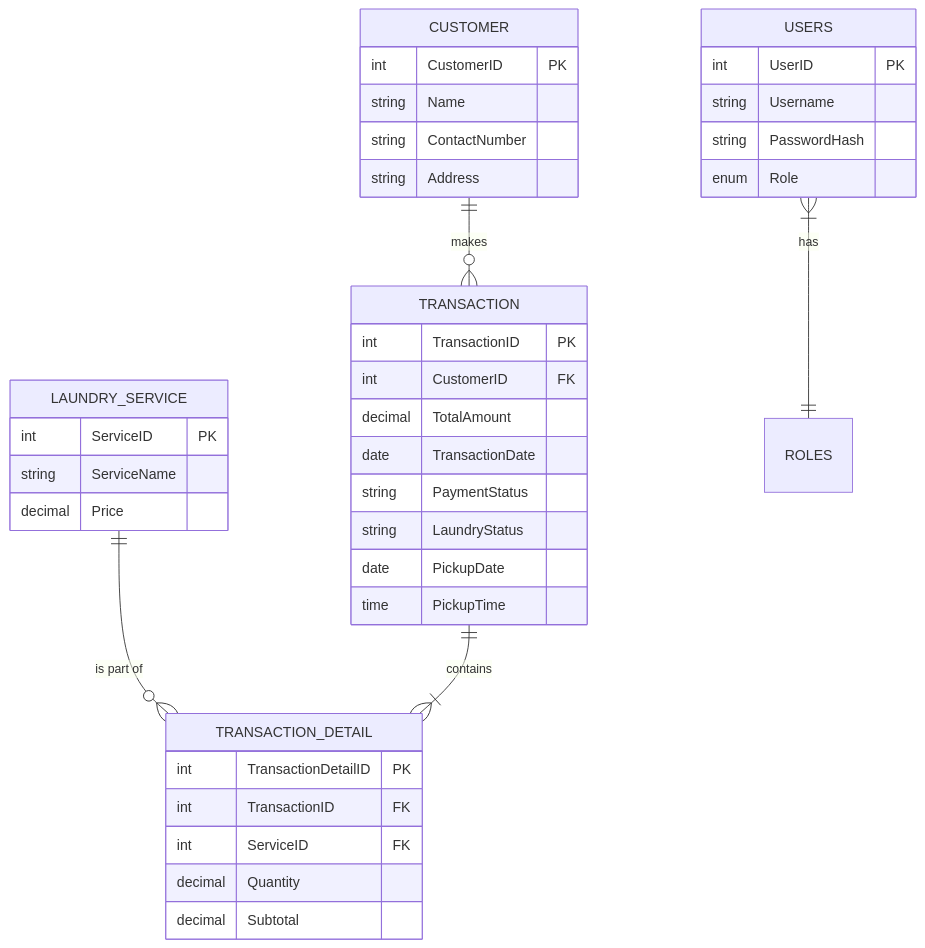
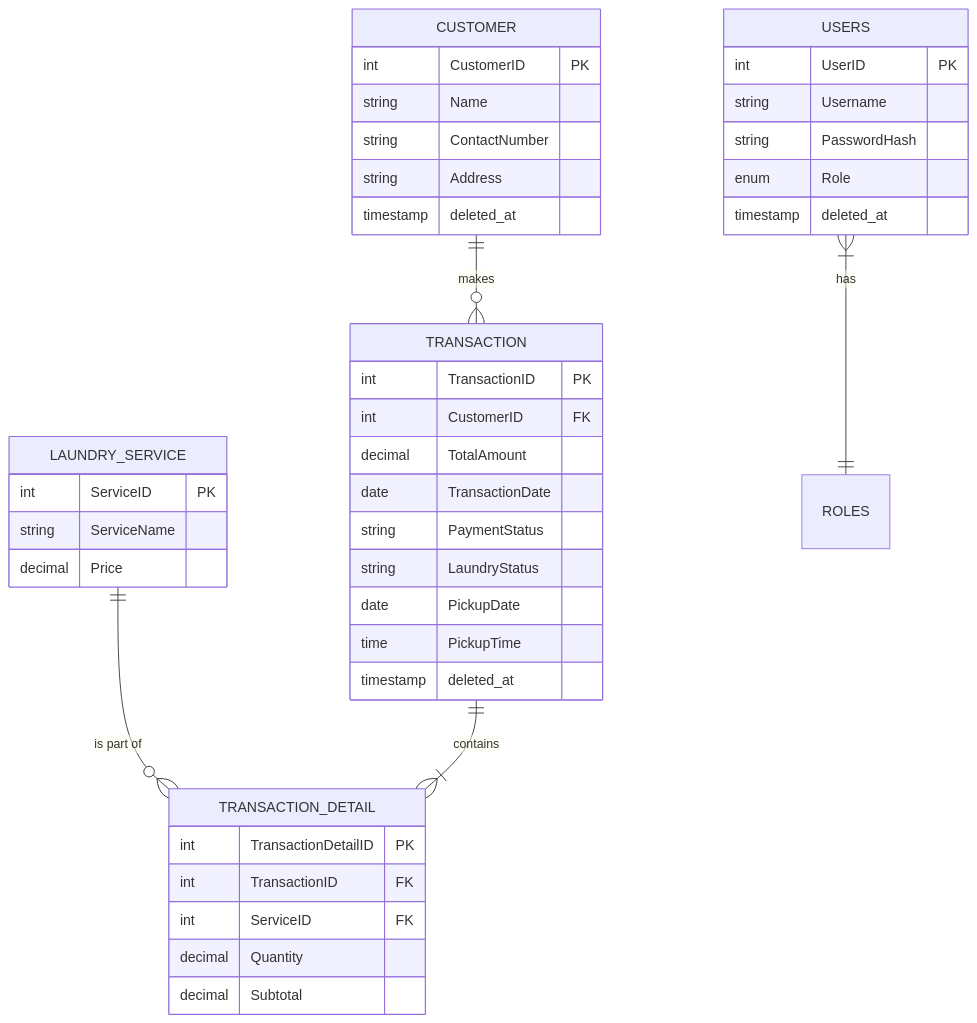
One commit to YoursTrulyInarius/LaundryStation changed the diagram in README.md. Above: the diagram before and after it, drawn with Mermaid. The commit also changed other lines of this file and 8 other files, not shown here.

````diff
--- a/README.md
+++ b/README.md
@@ -38,46 +40,49 @@
 ```mermaid
 erDiagram
     CUSTOMER ||--o{ TRANSACTION : "makes"
     LAUNDRY_SERVICE ||--o{ TRANSACTION_DETAIL : "is part of"
     TRANSACTION ||--|{ TRANSACTION_DETAIL : "contains"
     USERS }|--|| ROLES : "has"
 
     CUSTOMER {
         int CustomerID PK
         string Name
         string ContactNumber
         string Address
+        timestamp deleted_at
     }
 
     LAUNDRY_SERVICE {
         int ServiceID PK
         string ServiceName
         decimal Price
     }
 
     TRANSACTION {
         int TransactionID PK
         int CustomerID FK
         decimal TotalAmount
         date TransactionDate
         string PaymentStatus
         string LaundryStatus
         date PickupDate
         time PickupTime
+        timestamp deleted_at
     }
 
     TRANSACTION_DETAIL {
         int TransactionDetailID PK
         int TransactionID FK
         int ServiceID FK
         decimal Quantity
         decimal Subtotal
     }
 
     USERS {
         int UserID PK
         string Username
         string PasswordHash
         enum Role
+        timestamp deleted_at
     }
 ```
````
